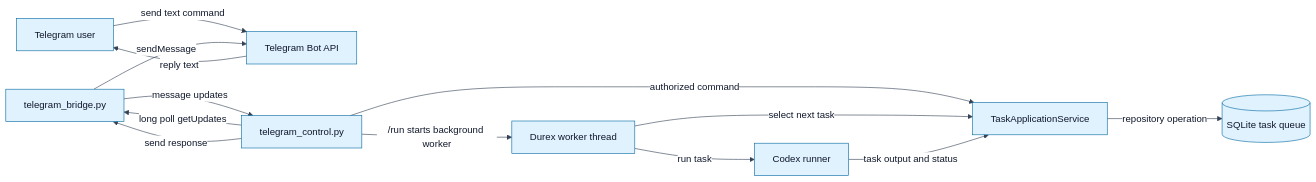
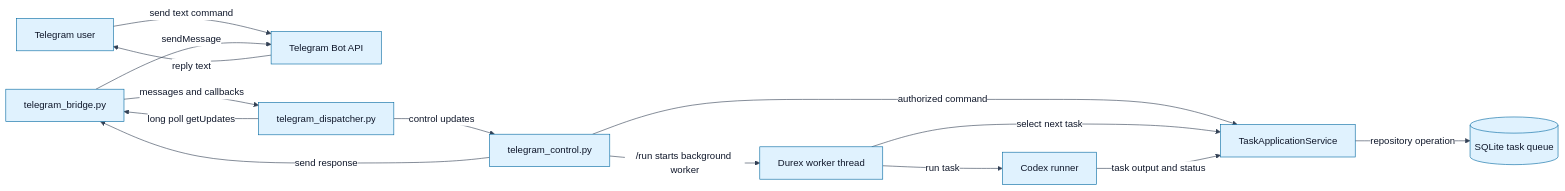
Before and after one commit to kinderp/durex: the first of 3 diagrams in docs/TELEGRAM_REMOTE_CONTROL.md, drawn with Mermaid. The commit also changed other lines of this file and 1 other file, not shown here.

First line of the commit message:
docs(telegram): align dispatcher ownership flows

````diff
--- a/docs/TELEGRAM_REMOTE_CONTROL.md
+++ b/docs/TELEGRAM_REMOTE_CONTROL.md
@@ -38,25 +38,27 @@
 ```mermaid
 %%{init: {"theme":"base","themeVariables":{"background":"#ffffff","primaryColor":"#e0f2fe","primaryTextColor":"#0f172a","primaryBorderColor":"#0369a1","lineColor":"#334155","secondaryColor":"#dcfce7","secondaryTextColor":"#0f172a","secondaryBorderColor":"#15803d","tertiaryColor":"#fef3c7","tertiaryTextColor":"#0f172a","tertiaryBorderColor":"#b45309","edgeLabelBackground":"#ffffff","clusterBkg":"#f8fafc","clusterBorder":"#cbd5e1","fontFamily":"Arial, sans-serif"}}}%%
 flowchart LR
     User[Telegram user]
     Telegram[Telegram Bot API]
     Bridge[telegram_bridge.py]
+    Dispatcher[telegram_dispatcher.py]
     Control[telegram_control.py]
     Service[TaskApplicationService]
     Queue[(SQLite task queue)]
     Worker[Durex worker thread]
     Runner[Codex runner]
 
     User -->|send text command| Telegram
-    Control -->|long poll getUpdates| Bridge
-    Bridge -->|message updates| Control
+    Dispatcher -->|long poll getUpdates| Bridge
+    Bridge -->|messages and callbacks| Dispatcher
+    Dispatcher -->|control updates| Control
     Control -->|authorized command| Service
     Service -->|repository operation| Queue
     Control -->|/run starts background worker| Worker
     Worker -->|select next task| Service
     Worker -->|run task| Runner
     Runner -->|task output and status| Service
     Control -->|send response| Bridge
     Bridge -->|sendMessage| Telegram
     Telegram -->|reply text| User
 ```
````
